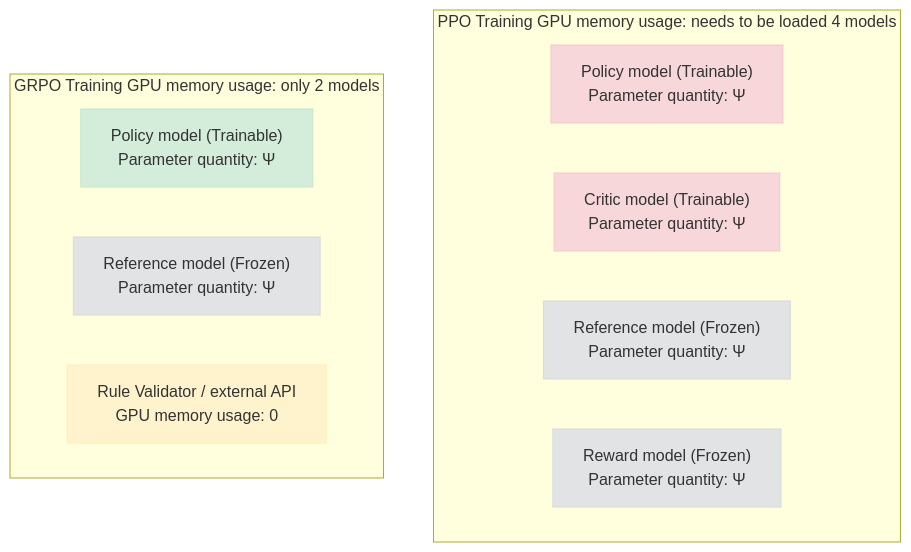
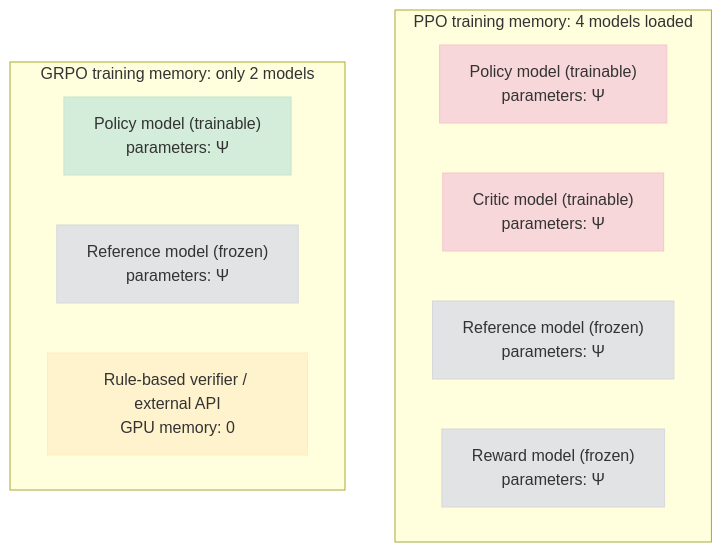
One commit to TingdeLiu/tingdeliu.github.io changed the fifth of 29 diagrams in _translations/en/research/LLM-Training-Survey.md. Above: the diagram before and after it, drawn with Mermaid. The commit also changed other lines of this file and 2 other files, not shown here.

First line of the commit message:
docs(llm-survey): polish English edition and add evolution timeline

````diff
--- a/_translations/en/research/LLM-Training-Survey.md
+++ b/_translations/en/research/LLM-Training-Survey.md
@@ -1764,24 +1782,24 @@
 ```mermaid
 graph TD
-    subgraph PPO["PPO Training GPU memory usage: needs to be loaded 4 models"]
-        PPO_Actor["Policy model (Trainable)<br/>Parameter quantity: Ψ"]
-        PPO_Critic["Critic model (Trainable)<br/>Parameter quantity: Ψ"]
-        PPO_Ref["Reference model (Frozen)<br/>Parameter quantity: Ψ"]
-        PPO_Reward["Reward model (Frozen)<br/>Parameter quantity: Ψ"]
+    subgraph PPO["PPO training memory: 4 models loaded"]
+        PPO_Actor["Policy model (trainable)<br/>parameters: Ψ"]
+        PPO_Critic["Critic model (trainable)<br/>parameters: Ψ"]
+        PPO_Ref["Reference model (frozen)<br/>parameters: Ψ"]
+        PPO_Reward["Reward model (frozen)<br/>parameters: Ψ"]
     end
 
-    subgraph GRPO["GRPO Training GPU memory usage: only 2 models"]
-        GRPO_Policy["Policy model (Trainable)<br/>Parameter quantity: Ψ"]
-        GRPO_Ref["Reference model (Frozen)<br/>Parameter quantity: Ψ"]
-        GRPO_Rule["Rule Validator / external API<br/>GPU memory usage: 0"]
+    subgraph GRPO["GRPO training memory: only 2 models"]
+        GRPO_Policy["Policy model (trainable)<br/>parameters: Ψ"]
+        GRPO_Ref["Reference model (frozen)<br/>parameters: Ψ"]
+        GRPO_Rule["Rule-based verifier / external API<br/>GPU memory: 0"]
     end
 
     style PPO_Actor fill:#f8d7da,stroke:#f5c6cb
     style PPO_Critic fill:#f8d7da,stroke:#f5c6cb
     style PPO_Ref fill:#e2e3e5,stroke:#d6d8db
     style PPO_Reward fill:#e2e3e5,stroke:#d6d8db
 
     style GRPO_Policy fill:#d4edda,stroke:#c3e6cb
     style GRPO_Ref fill:#e2e3e5,stroke:#d6d8db
     style GRPO_Rule fill:#fff3cd,stroke:#ffeeba
 ```
````
